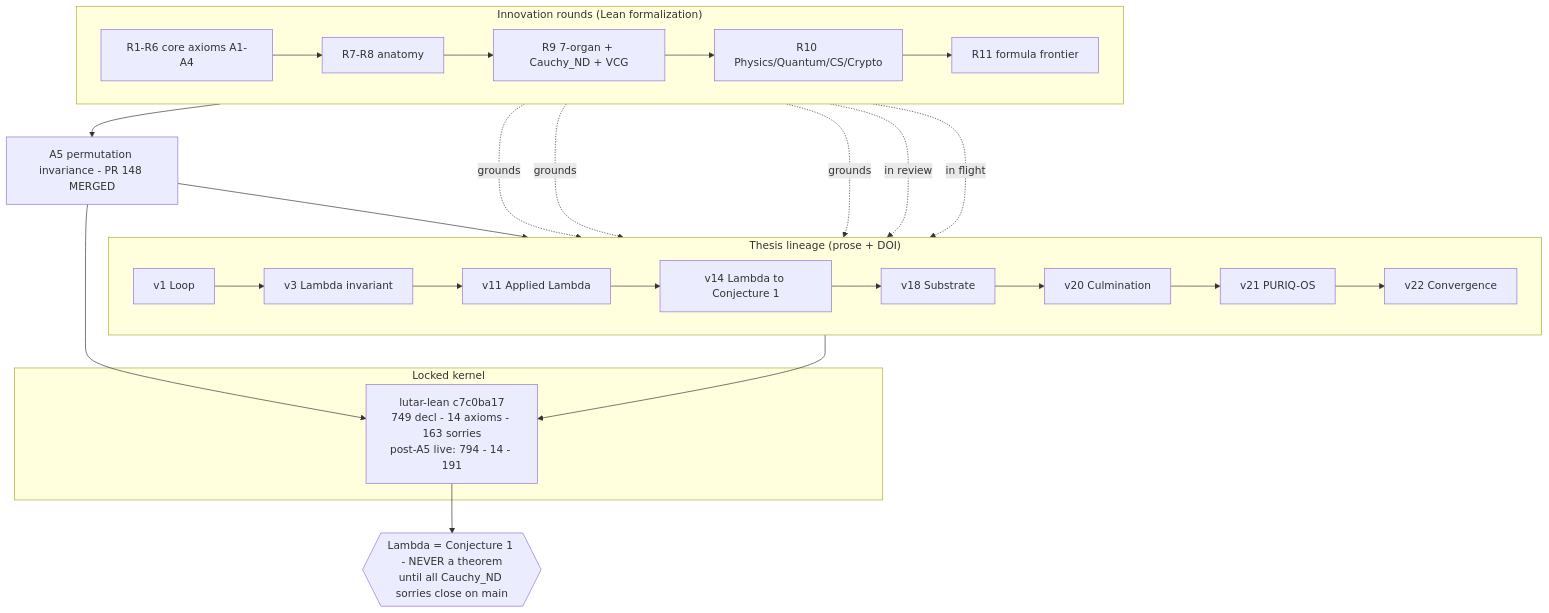
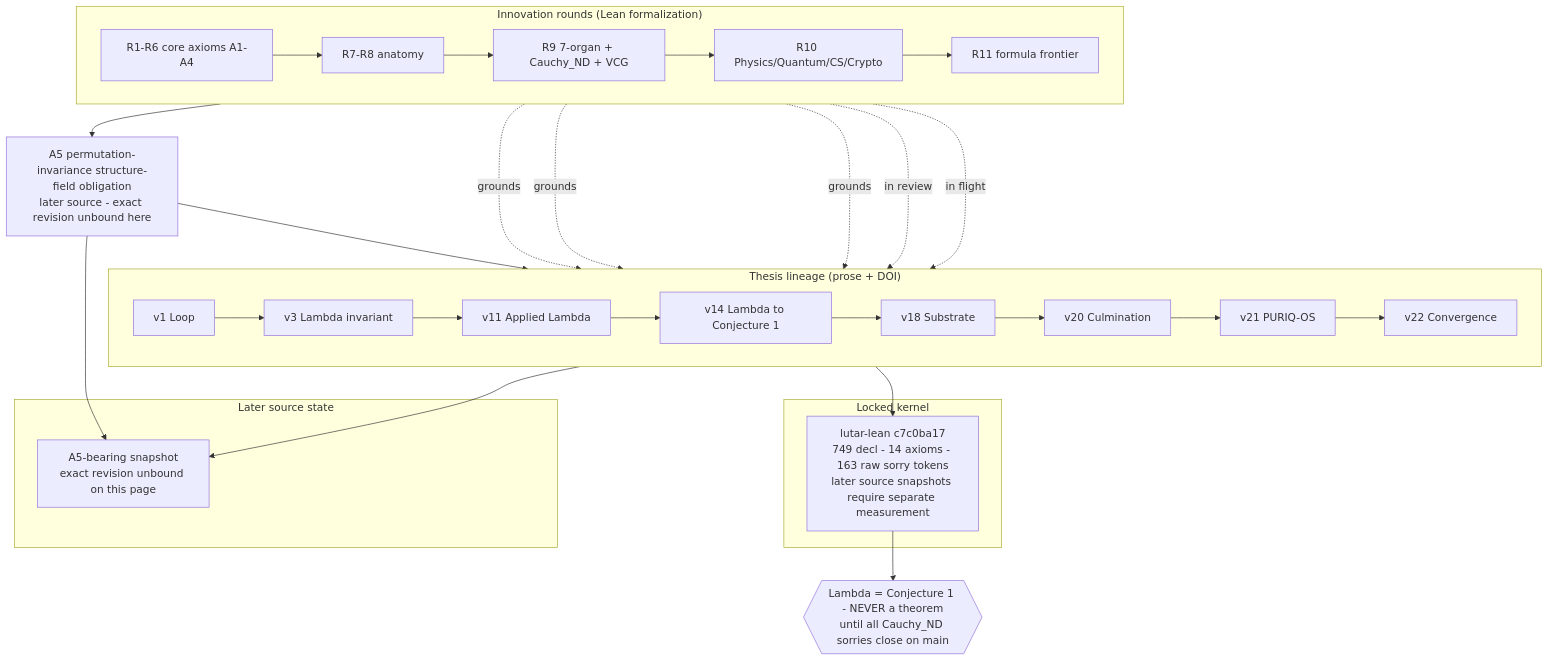
One commit to szl-holdings/docs-site changed the diagram in docs/lineage.md. Above: the diagram before and after it, drawn with Mermaid. The commit also changed other lines of this file and 99 other files, not shown here.

````diff
--- a/docs/lineage.md
+++ b/docs/lineage.md
@@ -50,30 +53,34 @@
 ```mermaid
 flowchart TB
     subgraph THESIS["Thesis lineage (prose + DOI)"]
         direction LR
         v1[v1 Loop] --> v3[v3 Lambda invariant] --> v11[v11 Applied Lambda]
         v11 --> v14[v14 Lambda to Conjecture 1] --> v18[v18 Substrate]
         v18 --> v20[v20 Culmination] --> v21[v21 PURIQ-OS] --> v22[v22 Convergence]
     end
     subgraph ROUNDS["Innovation rounds (Lean formalization)"]
         direction LR
         R1[R1-R6 core axioms A1-A4] --> R7[R7-R8 anatomy]
         R7 --> R9[R9 7-organ + Cauchy_ND + VCG]
         R9 --> R10[R10 Physics/Quantum/CS/Crypto]
         R10 --> R11[R11 formula frontier]
     end
     R1 -.grounds.-> v14
     R7 -.grounds.-> v18
     R9 -.grounds.-> v21
-    R9 --> A5[A5 permutation invariance - PR 148 MERGED]
+    R9 --> A5[A5 permutation-invariance structure-field obligation<br/>later source - exact revision unbound here]
     R10 -.in review.-> v22
     R11 -.in flight.-> v22
     A5 --> v22
     subgraph KERNEL["Locked kernel"]
-        K[lutar-lean c7c0ba17<br/>749 decl - 14 axioms - 163 sorries<br/>post-A5 live: 794 - 14 - 191]
+        K[lutar-lean c7c0ba17<br/>749 decl - 14 axioms - 163 raw sorry tokens<br/>later source snapshots require separate measurement]
     end
-    v22 --> K
-    A5 --> K
+    v11 --> K
+    subgraph LATER["Later source state"]
+        LS[A5-bearing snapshot<br/>exact revision unbound on this page]
+    end
+    A5 --> LS
+    v22 --> LS
     LAMBDA{{"Lambda = Conjecture 1 - NEVER a theorem<br/>until all Cauchy_ND sorries close on main"}}
     K --> LAMBDA
 ```
````
